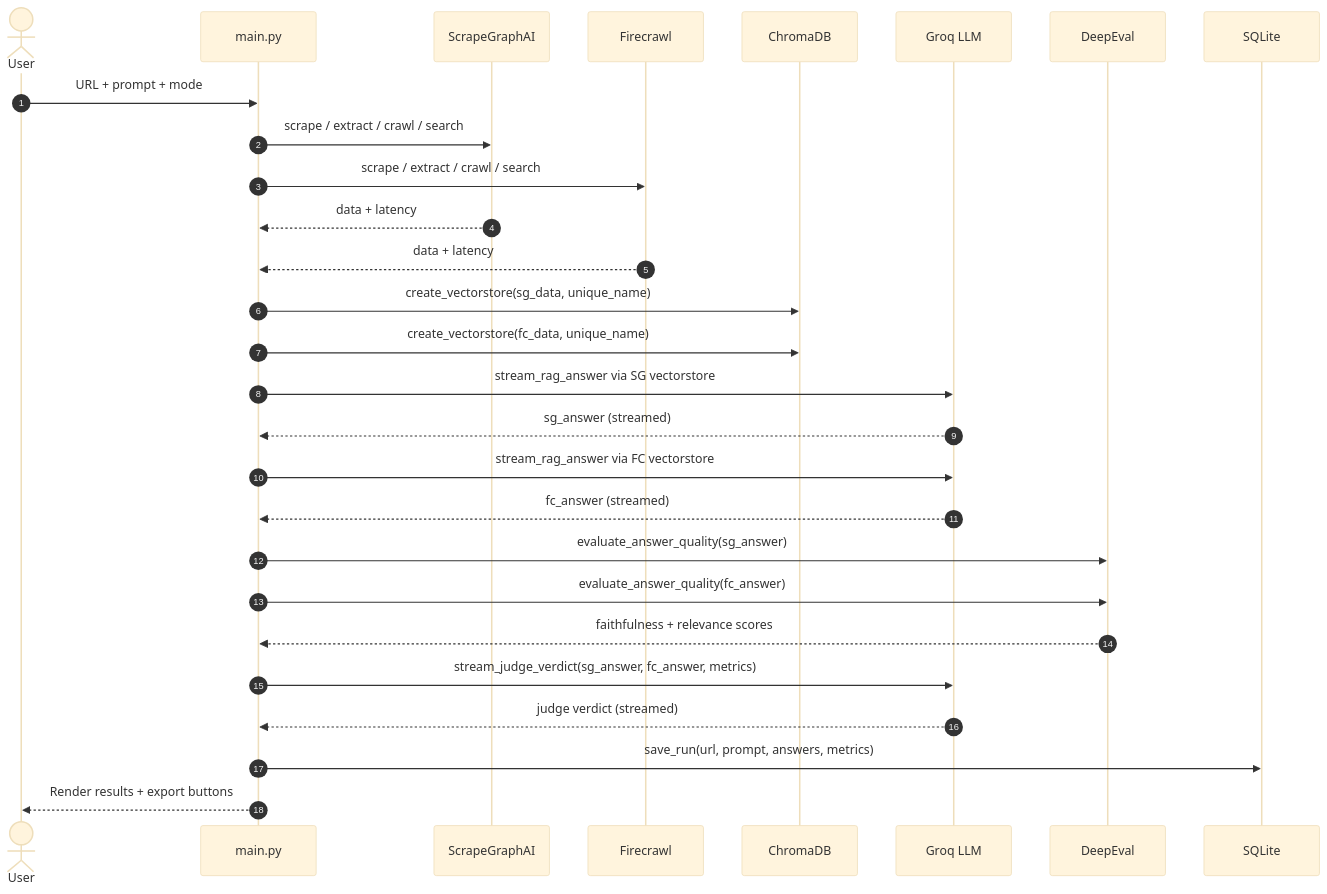
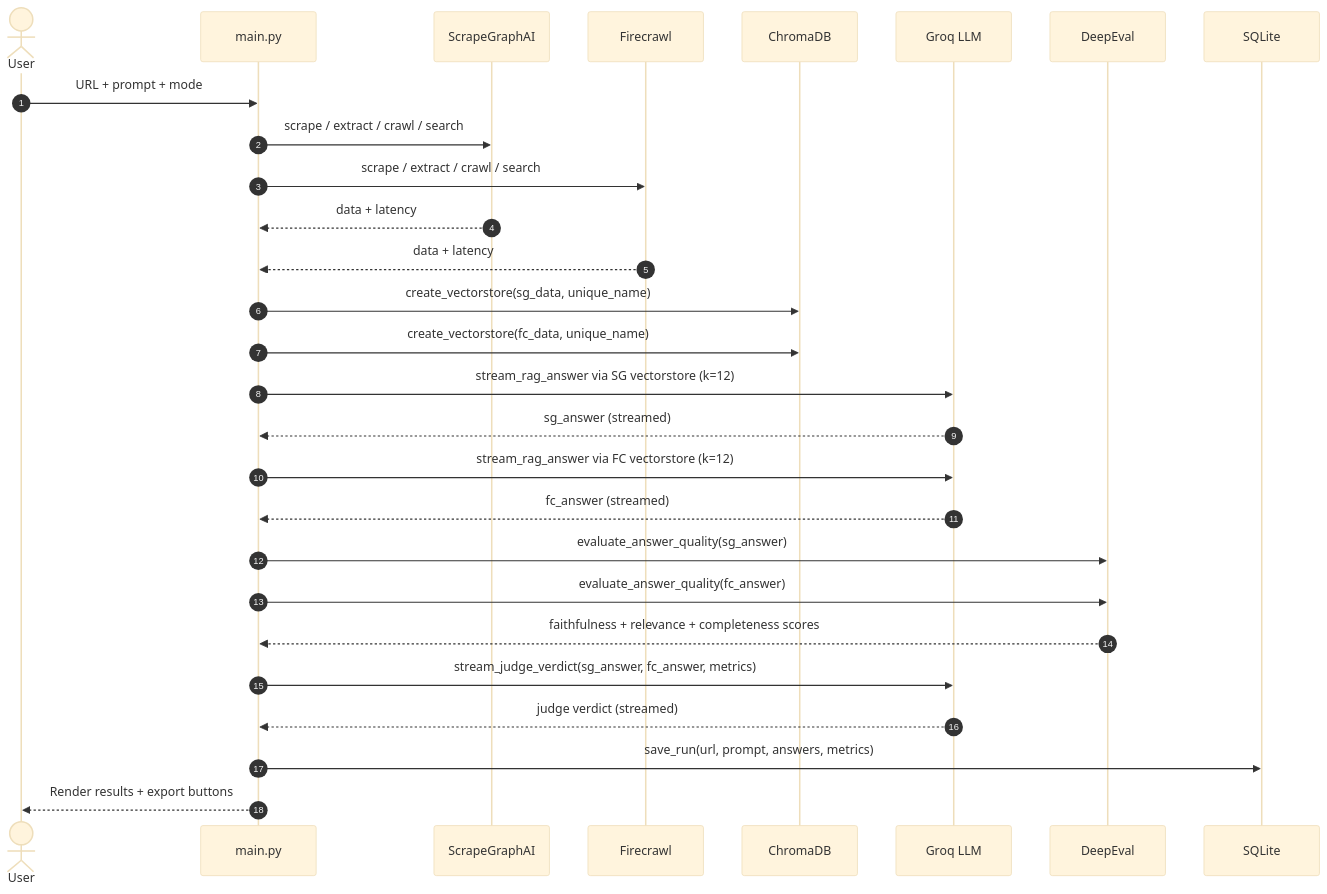
Before and after one commit to tushar80rt/comparison: the second of 2 diagrams in README.md, drawn with Mermaid (base theme). The commit also changed other lines of this file, not shown here.

````diff
--- a/README.md
+++ b/README.md
@@ -71,31 +73,31 @@
 ```mermaid
 sequenceDiagram
     autonumber
     actor User
     participant App as main.py
     participant SG as ScrapeGraphAI
     participant FC as Firecrawl
     participant VDB as ChromaDB
     participant LLM as Groq LLM
     participant DE as DeepEval
     participant DB as SQLite
 
     User->>App: URL + prompt + mode
     App->>SG: scrape / extract / crawl / search
     App->>FC: scrape / extract / crawl / search
     SG-->>App: data + latency
     FC-->>App: data + latency
     App->>VDB: create_vectorstore(sg_data, unique_name)
     App->>VDB: create_vectorstore(fc_data, unique_name)
-    App->>LLM: stream_rag_answer via SG vectorstore
+    App->>LLM: stream_rag_answer via SG vectorstore (k=12)
     LLM-->>App: sg_answer (streamed)
-    App->>LLM: stream_rag_answer via FC vectorstore
+    App->>LLM: stream_rag_answer via FC vectorstore (k=12)
     LLM-->>App: fc_answer (streamed)
     App->>DE: evaluate_answer_quality(sg_answer)
     App->>DE: evaluate_answer_quality(fc_answer)
-    DE-->>App: faithfulness + relevance scores
+    DE-->>App: faithfulness + relevance + completeness scores
     App->>LLM: stream_judge_verdict(sg_answer, fc_answer, metrics)
     LLM-->>App: judge verdict (streamed)
     App->>DB: save_run(url, prompt, answers, metrics)
     App-->>User: Render results + export buttons
 ```
````
